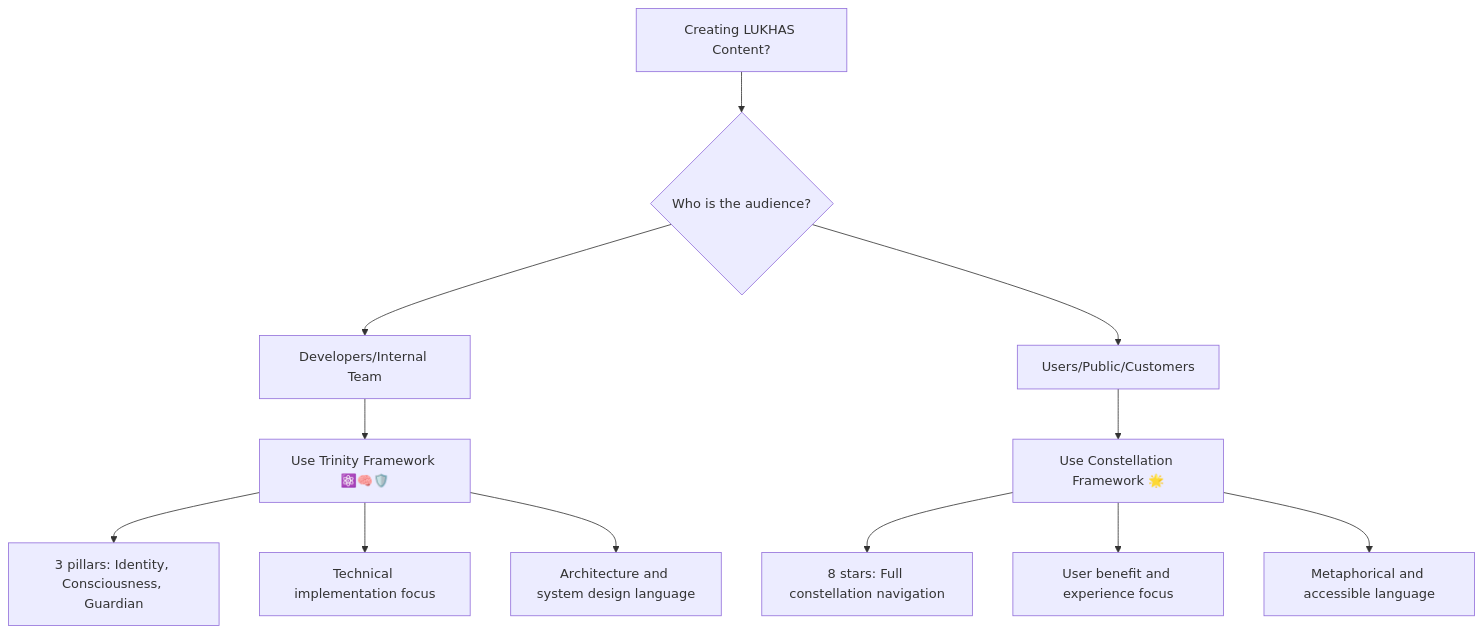
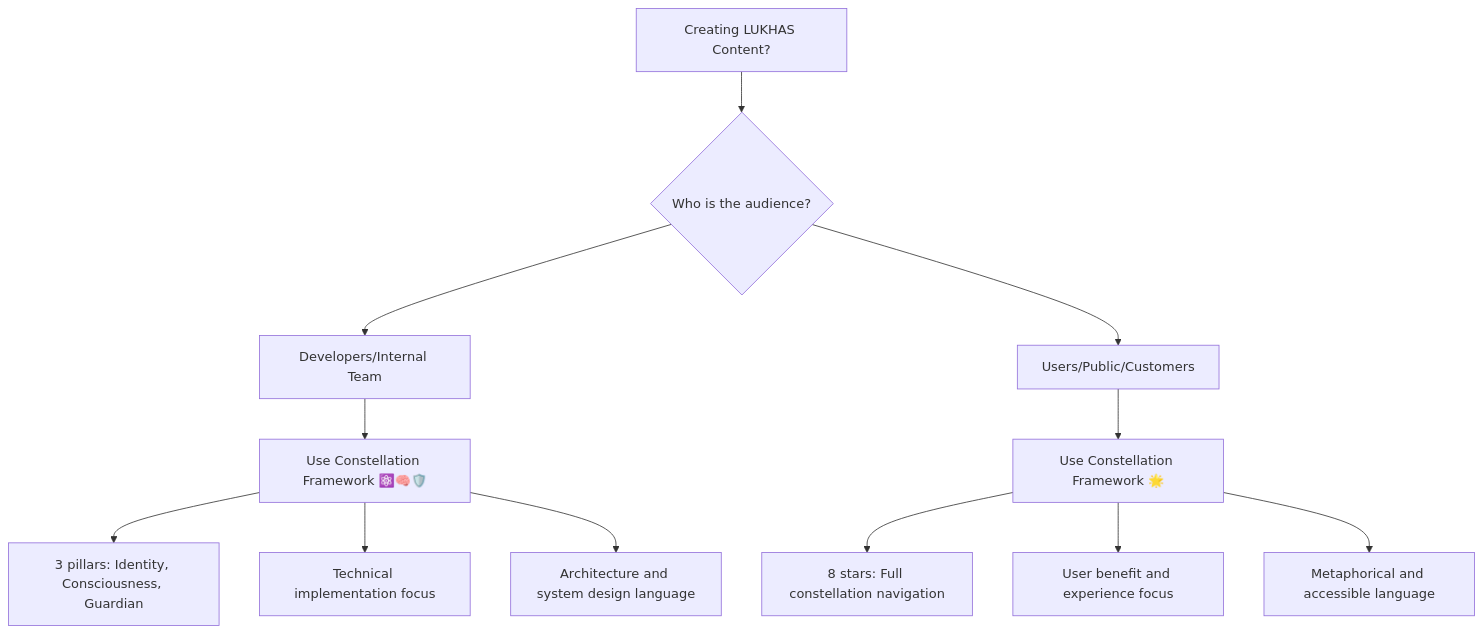
One commit to LukhasAI/Lukhas changed the diagram in branding/constellation/FRAMEWORK_USAGE_GUIDE.md. Above: the diagram before and after it, drawn with Mermaid. The commit also changed other lines of this file and 1551 other files, not shown here.

````diff
--- a/branding/constellation/FRAMEWORK_USAGE_GUIDE.md
+++ b/branding/constellation/FRAMEWORK_USAGE_GUIDE.md
@@ -89,16 +89,16 @@
 ```mermaid
 graph TD
     A[Creating LUKHAS Content?] --> B{Who is the audience?}
     B --> C[Developers/Internal Team]
     B --> D[Users/Public/Customers]
     
-    C --> E[Use Trinity Framework ⚛️🧠🛡️]
+    C --> E[Use Constellation Framework ⚛️🧠🛡️]
     E --> F[3 pillars: Identity, Consciousness, Guardian]
     E --> G[Technical implementation focus]
     E --> H[Architecture and system design language]
     
     D --> I[Use Constellation Framework 🌟]
     I --> J[8 stars: Full constellation navigation]
     I --> K[User benefit and experience focus]
     I --> L[Metaphorical and accessible language]
 ```
````
